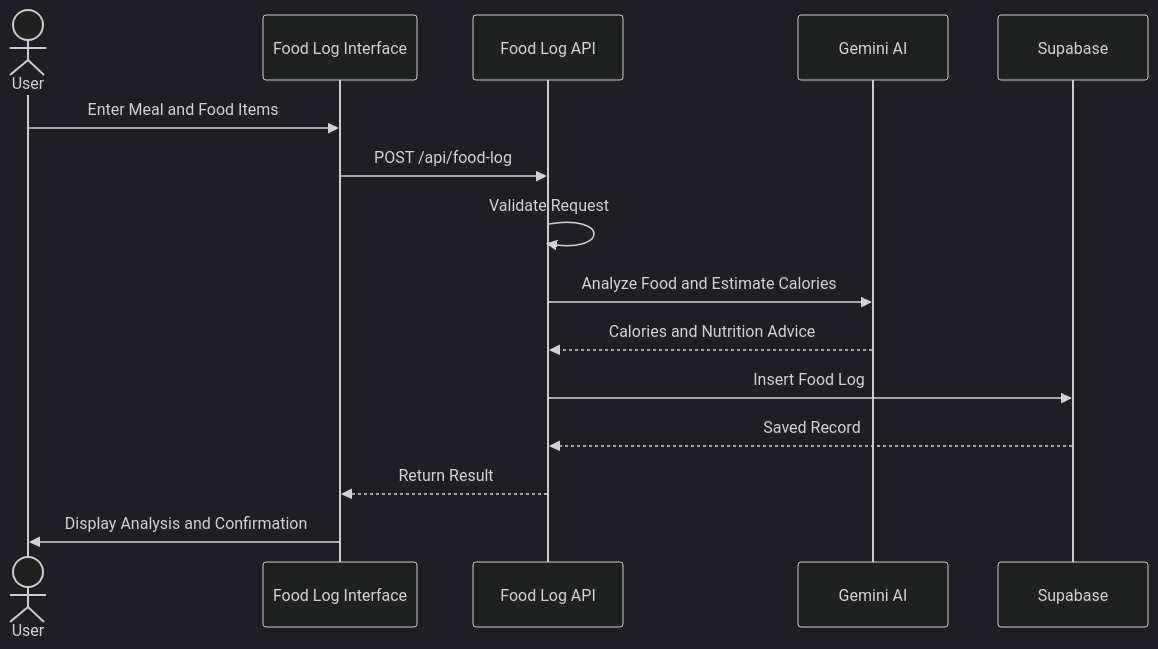
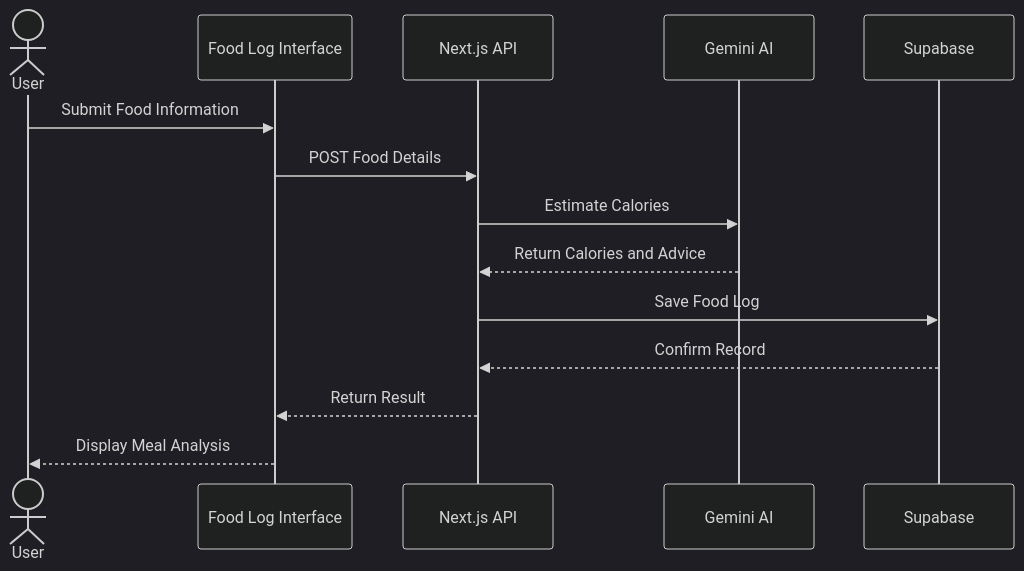
Before and after one commit to Shafaet1074/AI-Meal-Planner: the fifth of 5 diagrams in README.md, drawn with Mermaid (dark theme). The commit also changed other lines of this file, not shown here.

````diff
--- a/README.md
+++ b/README.md
@@ -496,18 +195,17 @@
 ```mermaid
 sequenceDiagram
     actor User
     participant UI as Food Log Interface
-    participant API as Food Log API
+    participant API as Next.js API
     participant AI as Gemini AI
     participant DB as Supabase
 
-    User->>UI: Enter Meal and Food Items
-    UI->>API: POST /api/food-log
-    API->>API: Validate Request
-    API->>AI: Analyze Food and Estimate Calories
-    AI-->>API: Calories and Nutrition Advice
-    API->>DB: Insert Food Log
-    DB-->>API: Saved Record
+    User->>UI: Submit Food Information
+    UI->>API: POST Food Details
+    API->>AI: Estimate Calories
+    AI-->>API: Return Calories and Advice
+    API->>DB: Save Food Log
+    DB-->>API: Confirm Record
     API-->>UI: Return Result
-    UI->>User: Display Analysis and Confirmation
+    UI-->>User: Display Meal Analysis
 ```
````
